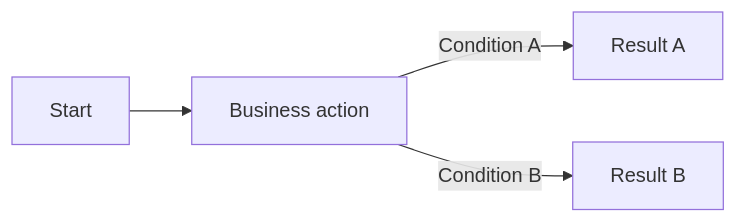
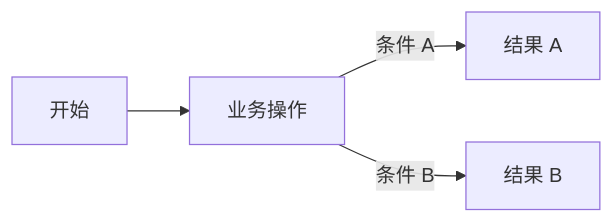
The first of 2 diagrams in trae/writing-and-reviewing-prds/references/prd-template.md (fantasydl/prd-writing-skill), drawn with Mermaid before and after one commit. The commit also changed other lines of this file and 3 other files, not shown here.

````diff
--- a/trae/writing-and-reviewing-prds/references/prd-template.md
+++ b/trae/writing-and-reviewing-prds/references/prd-template.md
@@ -121,6 +83,6 @@
 ```mermaid
 flowchart LR
-    A[Start] --> B[Business action]
-    B -->|Condition A| C[Result A]
-    B -->|Condition B| D[Result B]
+    A[开始] --> B[业务操作]
+    B -->|条件 A| C[结果 A]
+    B -->|条件 B| D[结果 B]
 ```
````
